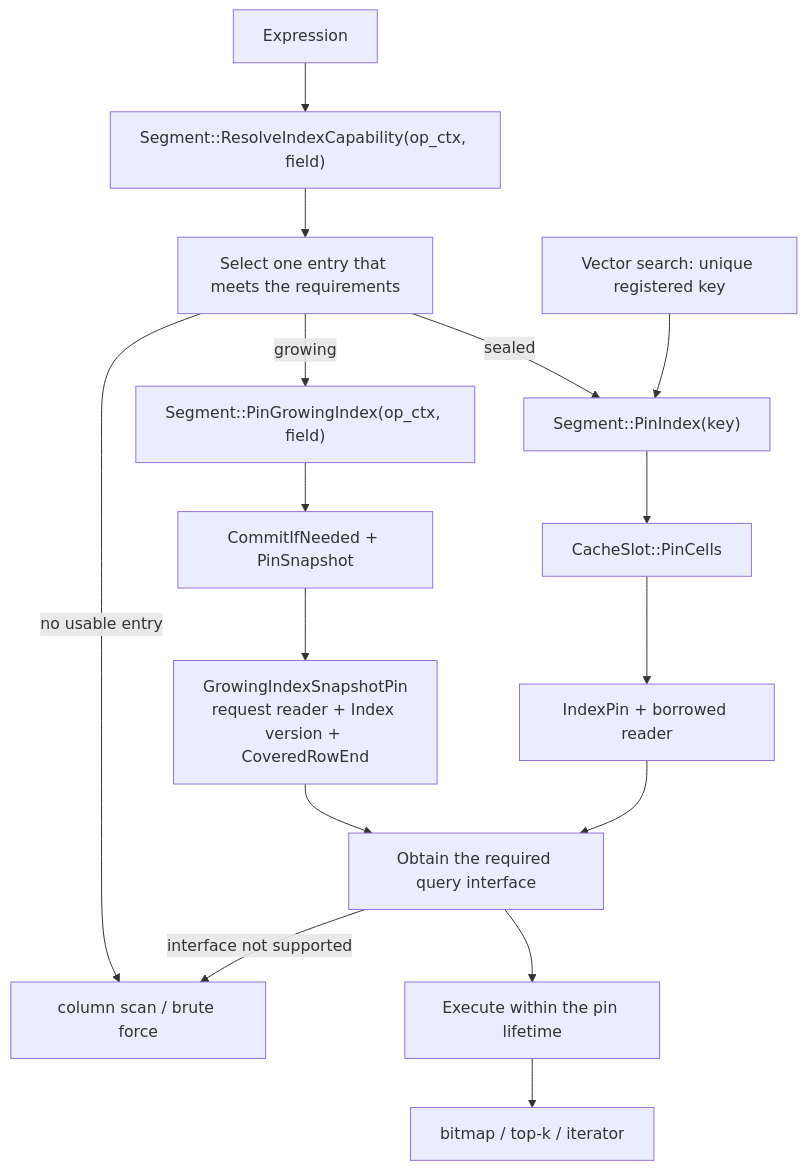
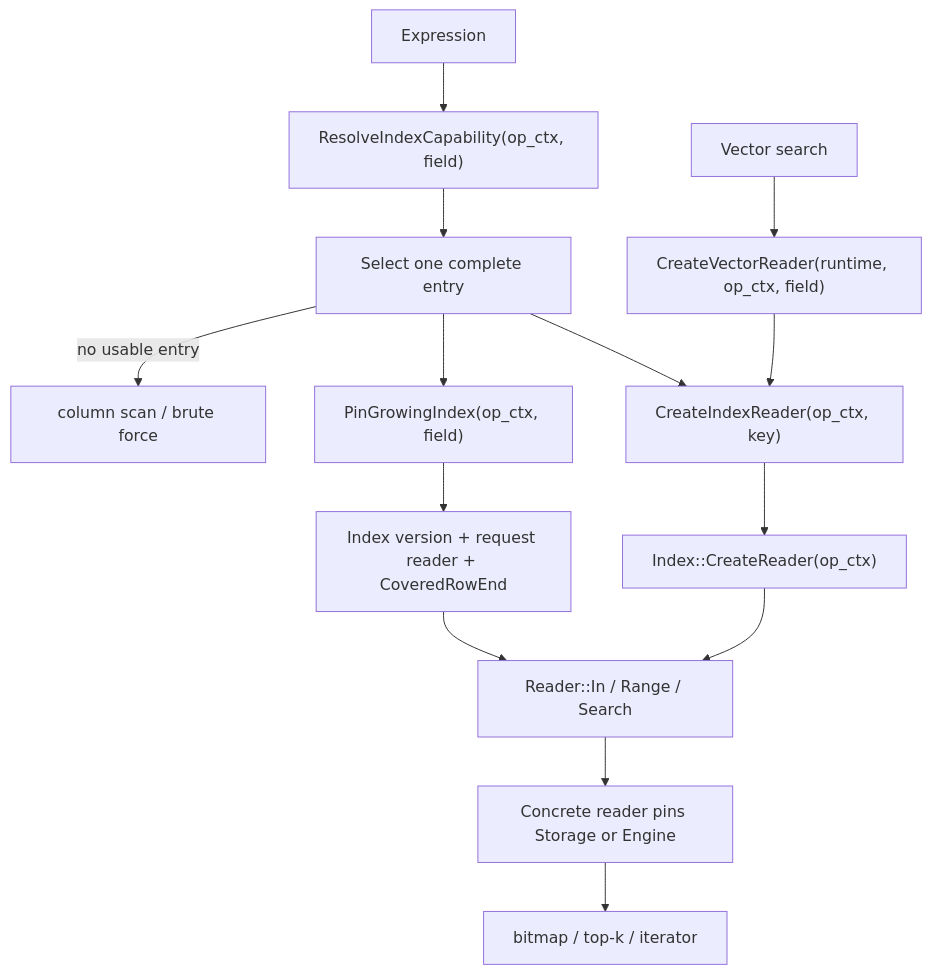
Before and after one commit to milvus-io/milvus: the second of 2 diagrams in internal/core/src/segcore/indexing/README.md, drawn with Mermaid. The commit also changed other lines of this file and 48 other files, not shown here.

Commit message:
enhance: create request readers from sealed index inventory

````diff
--- a/internal/core/src/segcore/indexing/README.md
+++ b/internal/core/src/segcore/indexing/README.md
@@ -106,22 +103,16 @@
 ```mermaid
 flowchart TB
-    query["Expression"] --> caps["Segment::ResolveIndexCapability(op_ctx, field)"]
-    caps --> select["Select one entry that meets the requirements"]
-
-    select -->|sealed| spin["Segment::PinIndex(key)"]
-    vector["Vector search: unique registered key"] --> spin
-    spin --> cells["CacheSlot::PinCells"]
-    cells --> indexpin["IndexPin + borrowed reader"]
-
-    select -->|growing| gpin["Segment::PinGrowingIndex(op_ctx, field)"]
-    gpin --> commit["CommitIfNeeded + PinSnapshot"]
-    commit --> snapshot["GrowingIndexSnapshotPin<br/>request reader + Index version + CoveredRowEnd"]
-
-    indexpin --> cast["Obtain the required query interface"]
-    snapshot --> cast
-    cast --> execute["Execute within the pin lifetime"]
-    execute --> result["bitmap / top-k / iterator"]
-
+    query["Expression"] --> caps["ResolveIndexCapability(op_ctx, field)"]
+    caps --> select["Select one complete entry"]
+    select --> sealed["CreateIndexReader(op_ctx, key)"]
+    vector["Vector search"] --> vectorreader["CreateVectorReader(runtime, op_ctx, field)"]
+    vectorreader --> sealed
+    sealed --> reader["Index::CreateReader(op_ctx)"]
+    reader --> execute["Reader::In / Range / Search"]
+    execute --> storage["Concrete reader pins Storage or Engine"]
+    storage --> result["bitmap / top-k / iterator"]
+    select --> growing["PinGrowingIndex(op_ctx, field)"]
+    growing --> snapshot["Index version + request reader + CoveredRowEnd"]
+    snapshot --> execute
     select -->|no usable entry| fallback["column scan / brute force"]
-    cast -->|interface not supported| fallback
 ```
````
